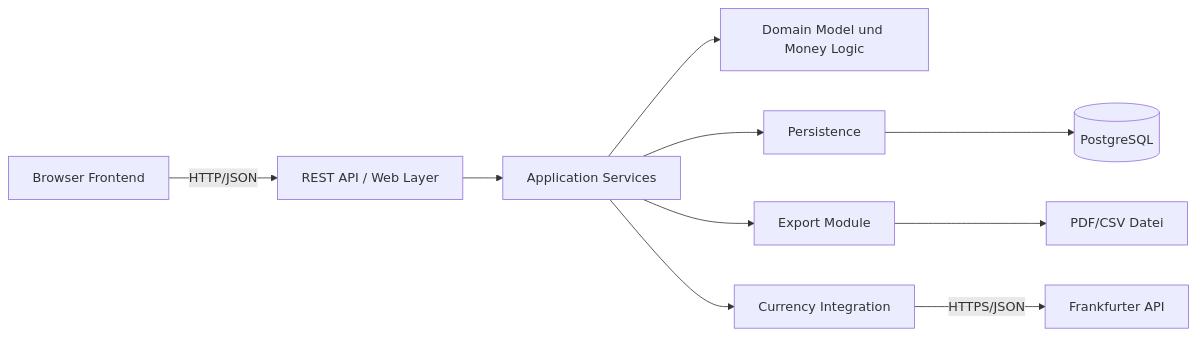
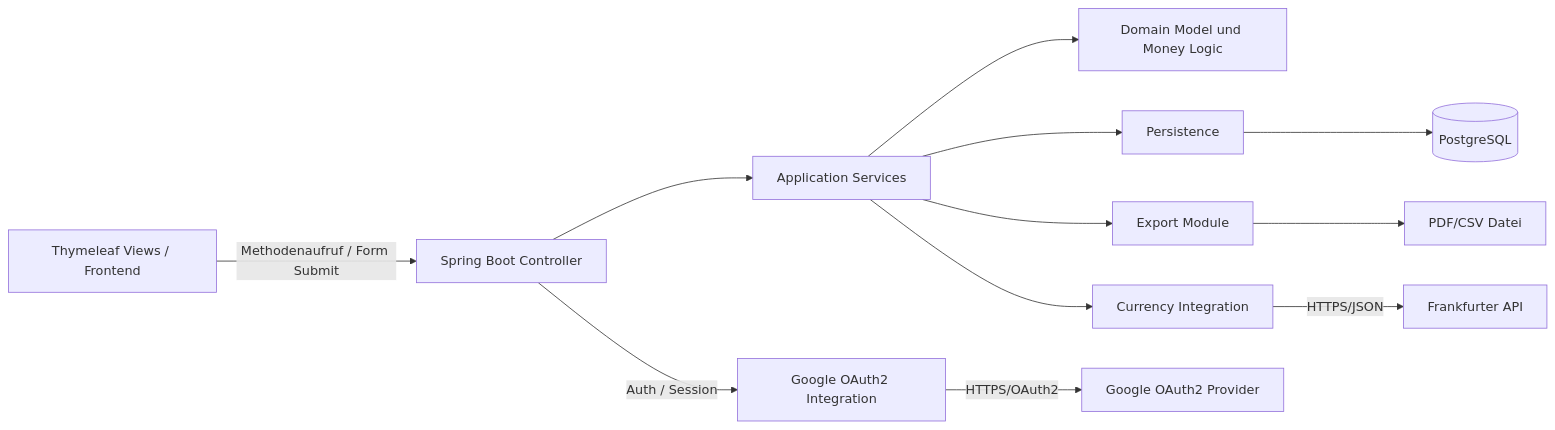
One commit to Bunyamin0101/WK_1106_CampusSplit changed the first of 6 diagrams in Architektur/A05-building-block-view.md. Above: the diagram before and after it, drawn with Mermaid. The commit also changed other lines of this file, not shown here.

First line of the commit message:
Revise architecture documentation for Thymeleaf and OAuth2

````diff
--- a/Architektur/A05-building-block-view.md
+++ b/Architektur/A05-building-block-view.md
@@ -13,23 +13,27 @@
 ```mermaid
 flowchart LR
-    UI[Browser Frontend]
-    EDGE[REST API / Web Layer]
+    UI[Thymeleaf Views / Frontend]
+    CTRL[Spring Boot Controller]
     APP[Application Services]
     DOMAIN[Domain Model und Money Logic]
     PERSIST[Persistence]
     EXPORT[Export Module]
     FX[Currency Integration]
+    AUTH[Google OAuth2 Integration]
     DB[(PostgreSQL)]
     FILE[PDF/CSV Datei]
     FRANK[Frankfurter API]
+    GOOGLE[Google OAuth2 Provider]
 
-    UI -->|HTTP/JSON| EDGE
-    EDGE --> APP
+    UI -->|Methodenaufruf / Form Submit| CTRL
+    CTRL --> APP
+    CTRL -->|Auth / Session| AUTH
     APP --> DOMAIN
     APP --> PERSIST
     APP --> EXPORT
     APP --> FX
     PERSIST --> DB
     EXPORT --> FILE
     FX -->|HTTPS/JSON| FRANK
+    AUTH -->|HTTPS/OAuth2| GOOGLE
 ```
````
